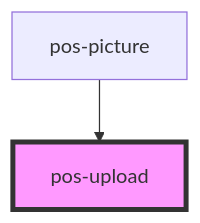
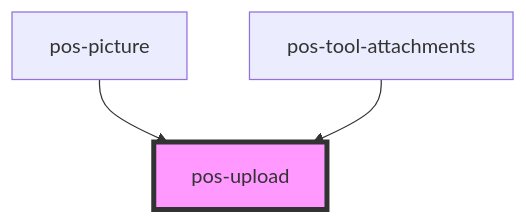
The diagram in docs/elements/components/pos-upload/readme.md (pod-os/PodOS), drawn with Mermaid before and after one commit. The commit also changed other lines of this file and 8 other files, not shown here.

````diff
--- a/docs/elements/components/pos-upload/readme.md
+++ b/docs/elements/components/pos-upload/readme.md
@@ -21,5 +22,6 @@
 ```mermaid
 graph TD;
   pos-picture --> pos-upload
+  pos-tool-attachments --> pos-upload
   style pos-upload fill:#f9f,stroke:#333,stroke-width:4px
 ```
````
